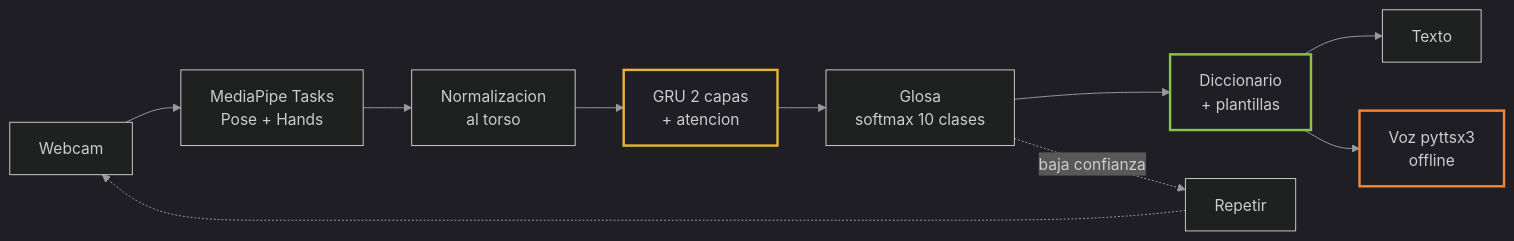
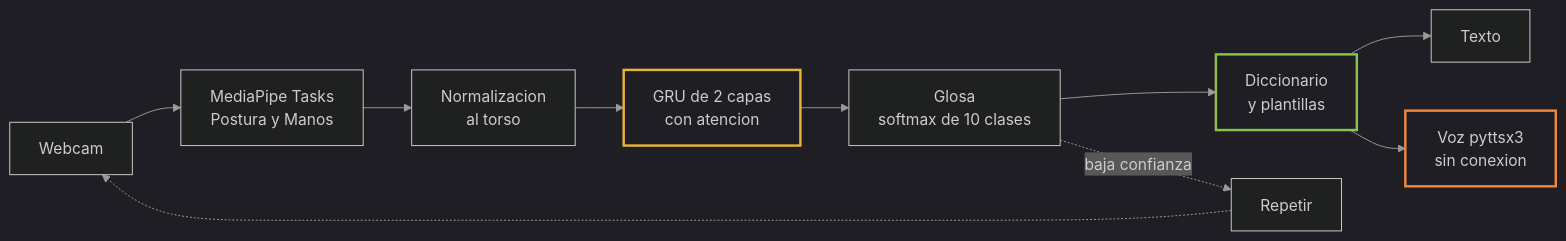
The diagram in docs/informe/entrega1_informe.md (willypaz243/signvoice), drawn with Mermaid before and after one commit. The commit also changed other lines of this file, not shown here.

````diff
--- a/docs/informe/entrega1_informe.md
+++ b/docs/informe/entrega1_informe.md
@@ -127,16 +189,16 @@
 ```mermaid
 %%{init: {'theme':'dark','themeVariables':{'darkMode':true,'primaryTextColor':'#e6e6e6','nodeTextColor':'#e6e6e6','edgeLabelColor':'#e6e6e6','lineColor':'#9a9a9a'},'themeCSS':'.nodeLabel,.nodeText,.edgeLabel,.label{color:#e6e6e6!important}'}}%%
 flowchart LR
-    A[Webcam] --> B[MediaPipe Tasks<br/>Pose + Hands]
+    A[Webcam] --> B[MediaPipe Tasks<br/>Postura y Manos]
     B --> C[Normalizacion<br/>al torso]
-    C --> D[GRU 2 capas<br/>+ atencion]
-    D --> E[Glosa<br/>softmax 10 clases]
-    E --> F[Diccionario<br/>+ plantillas]
+    C --> D[GRU de 2 capas<br/>con atencion]
+    D --> E[Glosa<br/>softmax de 10 clases]
+    E --> F[Diccionario<br/>y plantillas]
     F --> G[Texto]
-    F --> H[Voz pyttsx3<br/>offline]
+    F --> H[Voz pyttsx3<br/>sin conexion]
     E -.->|baja confianza| I[Repetir]
     I -.-> A
     style D fill:none,stroke:#e8b339,stroke-width:2.5px
     style F fill:none,stroke:#8bc34a,stroke-width:2.5px
     style H fill:none,stroke:#f0863c,stroke-width:2.5px
 ```
````
